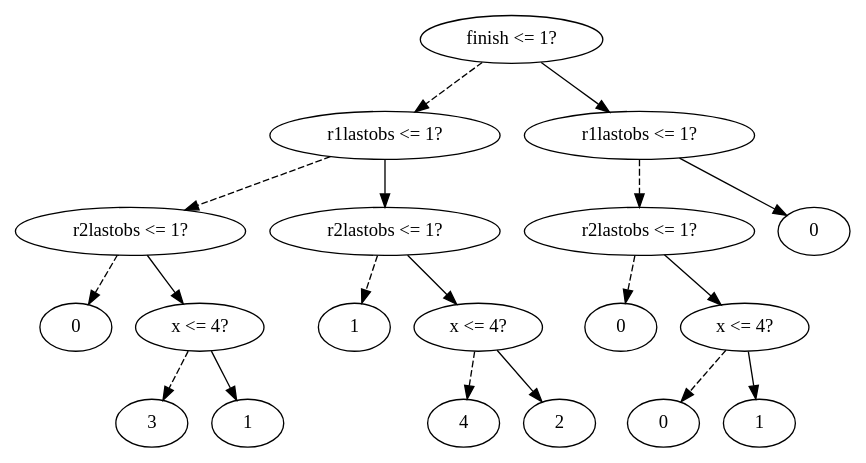
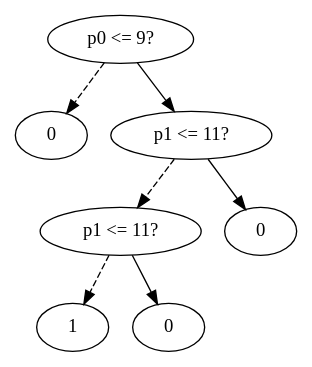
The diagram in mtbdd.dot (linusheck/molehill), drawn with Graphviz before and after one commit. The commit also changed 3 other files, not shown here.

```diff
--- a/mtbdd.dot
+++ b/mtbdd.dot
@@ -1,38 +1,14 @@
-digraph G {rankdir=TB;0 [label="finish <= 1?"];
+digraph G {rankdir=TB;0 [label="p0 <= 9?"];
 0 -> 1 [style=dashed];
 0 -> 2;
-1 [label="r1lastobs <= 1?"];
-1 -> 3 [style=dashed];
-1 -> 4;
-3 [label="r2lastobs <= 1?"];
-3 -> 7 [style=dashed];
-3 -> 8;
-7 [label="0"];
-8 [label="x <= 4?"];
-8 -> 17 [style=dashed];
-8 -> 18;
-17 [label="3"];
-18 [label="1"];
-4 [label="r2lastobs <= 1?"];
-4 -> 9 [style=dashed];
-4 -> 10;
-9 [label="1"];
-10 [label="x <= 4?"];
-10 -> 21 [style=dashed];
-10 -> 22;
-21 [label="4"];
-22 [label="2"];
-2 [label="r1lastobs <= 1?"];
+1 [label="0"];
+2 [label="p1 <= 11?"];
 2 -> 5 [style=dashed];
 2 -> 6;
-5 [label="r2lastobs <= 1?"];
+5 [label="p1 <= 11?"];
 5 -> 11 [style=dashed];
 5 -> 12;
-11 [label="0"];
-12 [label="x <= 4?"];
-12 -> 25 [style=dashed];
-12 -> 26;
-25 [label="0"];
-26 [label="1"];
+11 [label="1"];
+12 [label="0"];
 6 [label="0"];
 }
```
